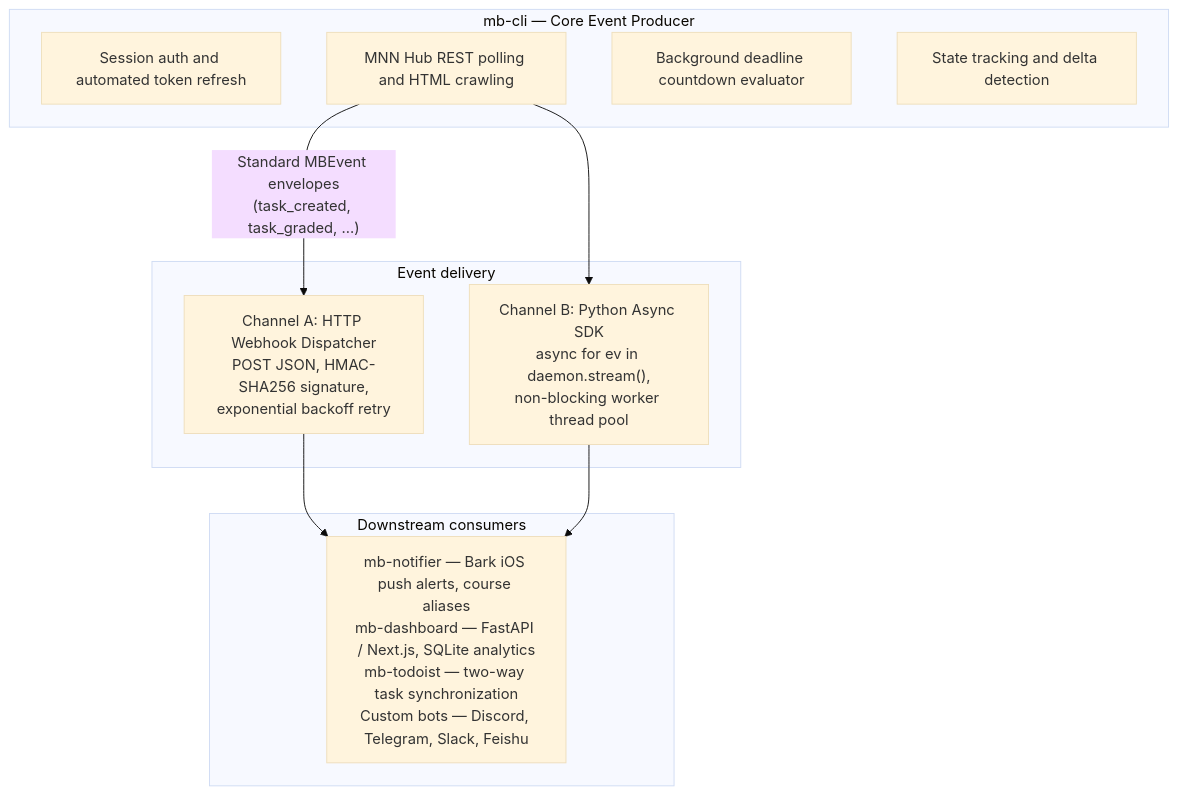
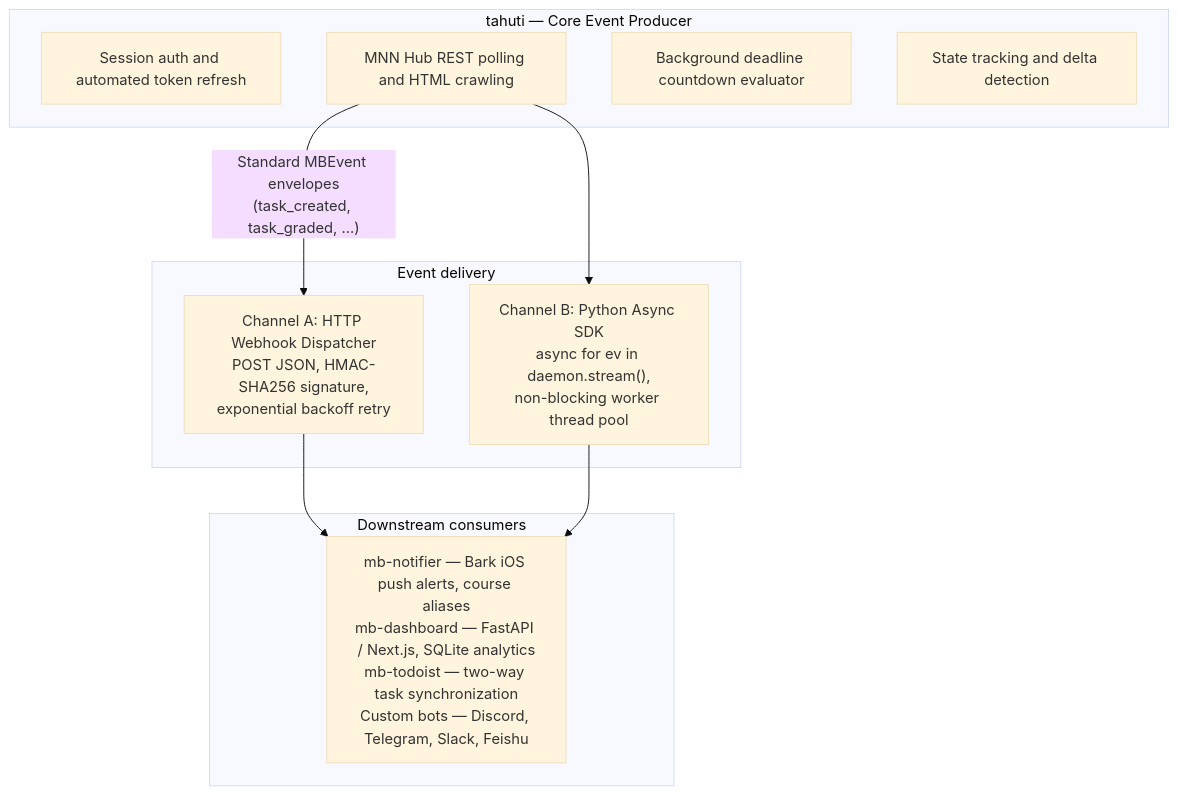
Before and after one commit to allen546/mb-cli: the diagram in docs/events.md, drawn with Mermaid (base theme). The commit also changed other lines of this file and 89 other files, not shown here.

````diff
--- a/docs/events.md
+++ b/docs/events.md
@@ -106,23 +106,23 @@
 ```mermaid
 flowchart TD
-    subgraph producer["mb-cli — Core Event Producer"]
+    subgraph producer["tahuti — Core Event Producer"]
         A["Session auth and automated token refresh"]
         B["MNN Hub REST polling and HTML crawling"]
         C["Background deadline countdown evaluator"]
         D["State tracking and delta detection"]
     end
 
     subgraph channels["Event delivery"]
         E["Channel A: HTTP Webhook Dispatcher<br/>POST JSON, HMAC-SHA256 signature,<br/>exponential backoff retry"]
         F["Channel B: Python Async SDK<br/>async for ev in daemon.stream(),<br/>non-blocking worker thread pool"]
     end
 
     subgraph consumers["Downstream consumers"]
         G["mb-notifier — Bark iOS push alerts, course aliases<br/>mb-dashboard — FastAPI / Next.js, SQLite analytics<br/>mb-todoist — two-way task synchronization<br/>Custom bots — Discord, Telegram, Slack, Feishu"]
     end
 
     B -->|"Standard MBEvent envelopes<br/>(task_created, task_graded, ...)"| E
     B --> F
     E --> G
     F --> G
 ```
````
